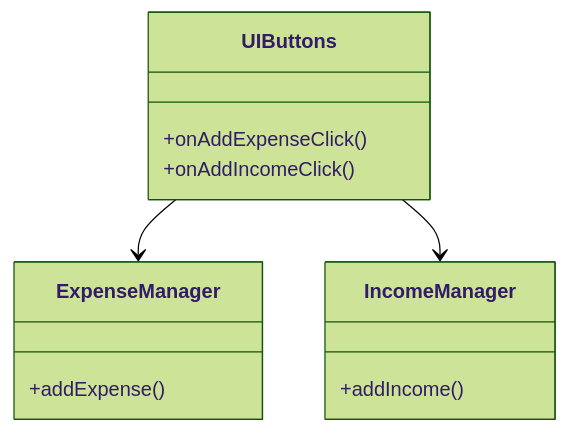
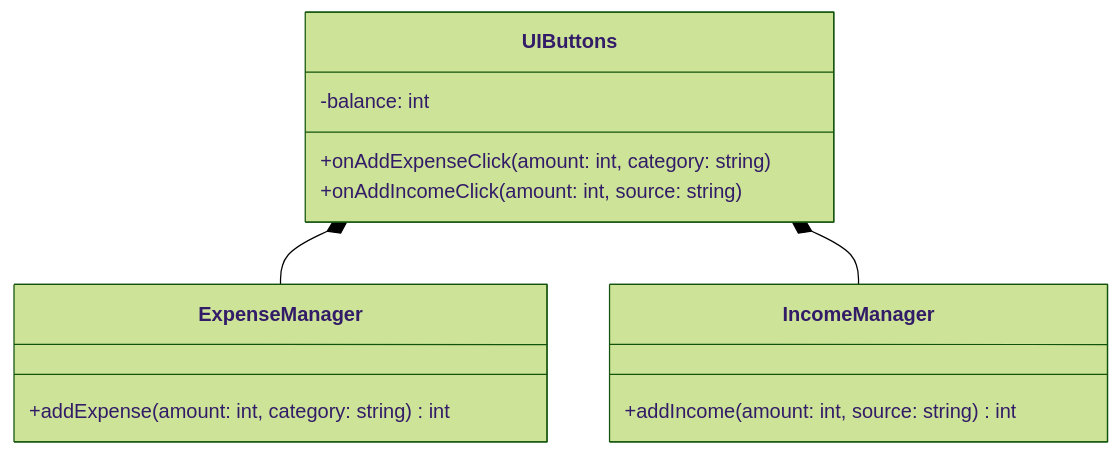
One commit to kumachan1101-pixel/DesignPattern changed the first of 6 diagrams in kindle/design-patterns/output/chapter05.md. Above: the diagram before and after it, drawn with Mermaid (forest theme). The commit also changed other lines of this file and 3 other files, not shown here.

First line of the commit message:
fix: ch04-07 クラス図修正・フェーズ6ステップ1再構成

````diff
--- a/kindle/design-patterns/output/chapter05.md
+++ b/kindle/design-patterns/output/chapter05.md
@@ -67,16 +67,17 @@
 ```mermaid
 classDiagram
     class UIButtons {
-        +onAddExpenseClick()
-        +onAddIncomeClick()
+        -balance: int
+        +onAddExpenseClick(amount: int, category: string)
+        +onAddIncomeClick(amount: int, source: string)
     }
     class ExpenseManager {
-        +addExpense()
+        +addExpense(amount: int, category: string) int
     }
     class IncomeManager {
-        +addIncome()
+        +addIncome(amount: int, source: string) int
     }
-    UIButtons --> ExpenseManager
-    UIButtons --> IncomeManager
+    UIButtons *-- ExpenseManager
+    UIButtons *-- IncomeManager
 
 ```
````
